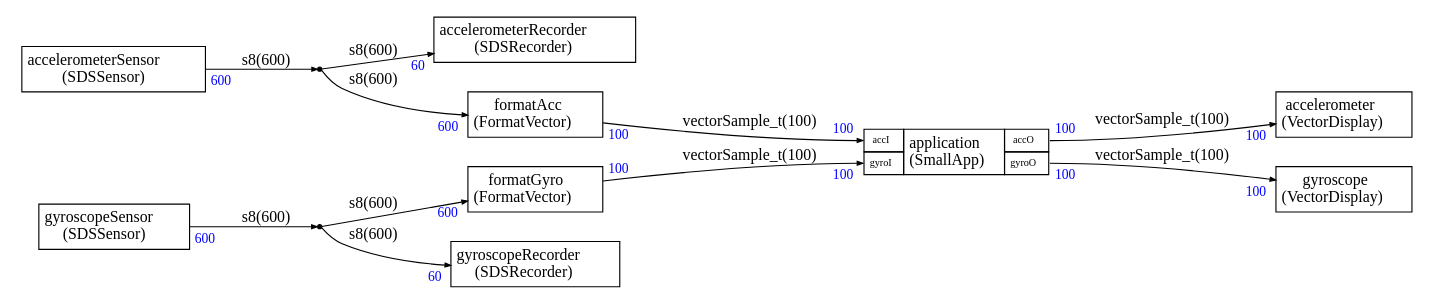
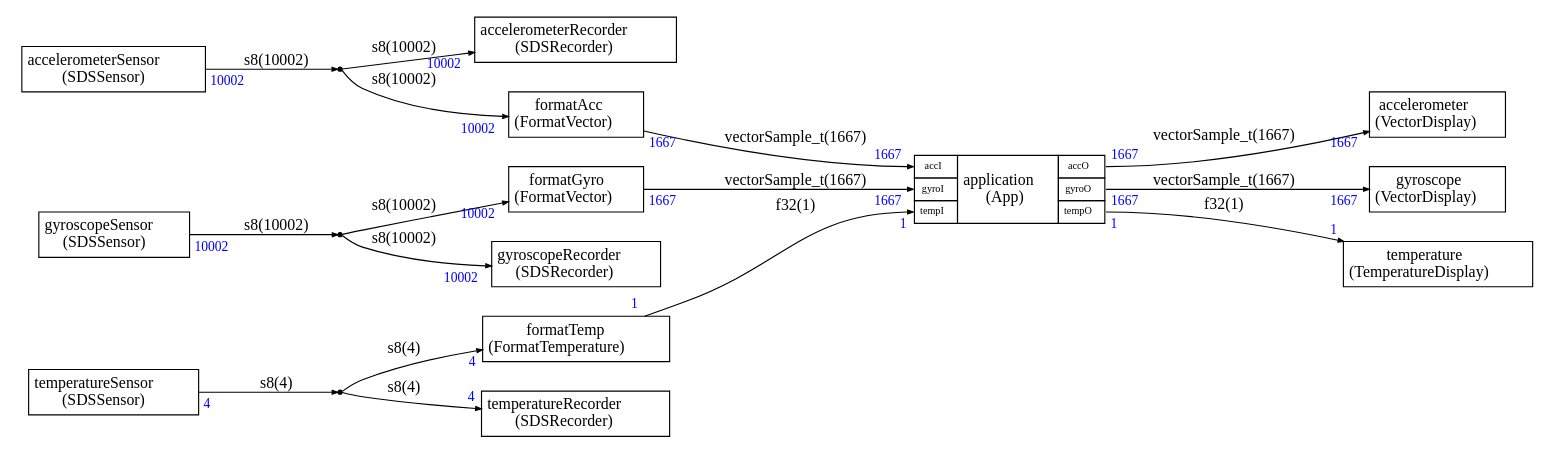
The diagram in demo/Stream/demo.dot (christophe0606/SDS-Framework), drawn with Graphviz before and after one commit. The commit also changed 6 other files, not shown here.

```diff
--- a/demo/Stream/demo.dot
+++ b/demo/Stream/demo.dot
@@ -35,13 +35,17 @@
 <TABLE BORDER="0" CELLBORDER="1" CELLSPACING="0" CELLPADDING="4">
   <TR>
     <TD PORT="accI"><FONT POINT-SIZE="9.0">accI</FONT></TD>
-    <TD ALIGN="CENTER" ROWSPAN="2">application<BR/>(SmallApp)</TD>
+    <TD ALIGN="CENTER" ROWSPAN="3">application<BR/>(App)</TD>
     <TD PORT="accO"><FONT POINT-SIZE="9.0">accO</FONT></TD>
   </TR>
 <TR>
 <TD PORT="gyroI"><FONT POINT-SIZE="9.0">gyroI</FONT></TD>
 
 <TD PORT="gyroO"><FONT POINT-SIZE="9.0">gyroO</FONT></TD>
+</TR><TR>
+<TD PORT="tempI"><FONT POINT-SIZE="9.0">tempI</FONT></TD>
+
+<TD PORT="tempO"><FONT POINT-SIZE="9.0">tempO</FONT></TD>
 </TR>
 
 </TABLE>>];
@@ -49,6 +53,8 @@
 dup0 [shape=point,label=dup0]
 
 dup1 [shape=point,label=dup1]
+
+dup2 [shape=point,label=dup2]
 
 formatAcc [label=<
 <TABLE BORDER="0" CELLBORDER="1" CELLSPACING="0" CELLPADDING="4">
@@ -61,6 +67,13 @@
 <TABLE BORDER="0" CELLBORDER="1" CELLSPACING="0" CELLPADDING="4">
   <TR>
     <TD ALIGN="CENTER" PORT="i">formatGyro<BR/>(FormatVector)</TD>
+  </TR>
+</TABLE>>];
+
+formatTemp [label=<
+<TABLE BORDER="0" CELLBORDER="1" CELLSPACING="0" CELLPADDING="4">
+  <TR>
+    <TD ALIGN="CENTER" PORT="i">formatTemp<BR/>(FormatTemperature)</TD>
   </TR>
 </TABLE>>];
 
@@ -85,65 +98,116 @@
   </TR>
 </TABLE>>];
 
+temperature [label=<
+<TABLE BORDER="0" CELLBORDER="1" CELLSPACING="0" CELLPADDING="4">
+  <TR>
+    <TD ALIGN="CENTER" PORT="i">temperature<BR/>(TemperatureDisplay)</TD>
+  </TR>
+</TABLE>>];
+
+temperatureRecorder [label=<
+<TABLE BORDER="0" CELLBORDER="1" CELLSPACING="0" CELLPADDING="4">
+  <TR>
+    <TD ALIGN="CENTER" PORT="i">temperatureRecorder<BR/>(SDSRecorder)</TD>
+  </TR>
+</TABLE>>];
+
+temperatureSensor [label=<
+<TABLE BORDER="0" CELLBORDER="1" CELLSPACING="0" CELLPADDING="4">
+  <TR>
+    <TD ALIGN="CENTER" PORT="i">temperatureSensor<BR/>(SDSSensor)</TD>
+  </TR>
+</TABLE>>];
 
 
-formatAcc:i -> application:accI [label="vectorSample_t(100)"
-,headlabel=<<TABLE BORDER="0" CELLPADDING="2"><TR><TD><FONT COLOR="blue" POINT-SIZE="12.0" >100</FONT>
+
+formatAcc:i -> application:accI [label="vectorSample_t(1667)"
+,headlabel=<<TABLE BORDER="0" CELLPADDING="2"><TR><TD><FONT COLOR="blue" POINT-SIZE="12.0" >1667</FONT>
 </TD></TR></TABLE>>
-,taillabel=<<TABLE BORDER="0" CELLPADDING="2"><TR><TD><FONT COLOR="blue" POINT-SIZE="12.0" >100</FONT>
+,taillabel=<<TABLE BORDER="0" CELLPADDING="2"><TR><TD><FONT COLOR="blue" POINT-SIZE="12.0" >1667</FONT>
 </TD></TR></TABLE>>]
 
-formatGyro:i -> application:gyroI [label="vectorSample_t(100)"
-,headlabel=<<TABLE BORDER="0" CELLPADDING="2"><TR><TD><FONT COLOR="blue" POINT-SIZE="12.0" >100</FONT>
+formatGyro:i -> application:gyroI [label="vectorSample_t(1667)"
+,headlabel=<<TABLE BORDER="0" CELLPADDING="2"><TR><TD><FONT COLOR="blue" POINT-SIZE="12.0" >1667</FONT>
 </TD></TR></TABLE>>
-,taillabel=<<TABLE BORDER="0" CELLPADDING="2"><TR><TD><FONT COLOR="blue" POINT-SIZE="12.0" >100</FONT>
+,taillabel=<<TABLE BORDER="0" CELLPADDING="2"><TR><TD><FONT COLOR="blue" POINT-SIZE="12.0" >1667</FONT>
 </TD></TR></TABLE>>]
 
-application:accO -> accelerometer:i [label="vectorSample_t(100)"
-,headlabel=<<TABLE BORDER="0" CELLPADDING="2"><TR><TD><FONT COLOR="blue" POINT-SIZE="12.0" >100</FONT>
+formatTemp:i -> application:tempI [label="f32(1)"
+,headlabel=<<TABLE BORDER="0" CELLPADDING="2"><TR><TD><FONT COLOR="blue" POINT-SIZE="12.0" >1</FONT>
 </TD></TR></TABLE>>
-,taillabel=<<TABLE BORDER="0" CELLPADDING="2"><TR><TD><FONT COLOR="blue" POINT-SIZE="12.0" >100</FONT>
+,taillabel=<<TABLE BORDER="0" CELLPADDING="2"><TR><TD><FONT COLOR="blue" POINT-SIZE="12.0" >1</FONT>
 </TD></TR></TABLE>>]
 
-application:gyroO -> gyroscope:i [label="vectorSample_t(100)"
-,headlabel=<<TABLE BORDER="0" CELLPADDING="2"><TR><TD><FONT COLOR="blue" POINT-SIZE="12.0" >100</FONT>
+application:accO -> accelerometer:i [label="vectorSample_t(1667)"
+,headlabel=<<TABLE BORDER="0" CELLPADDING="2"><TR><TD><FONT COLOR="blue" POINT-SIZE="12.0" >1667</FONT>
 </TD></TR></TABLE>>
-,taillabel=<<TABLE BORDER="0" CELLPADDING="2"><TR><TD><FONT COLOR="blue" POINT-SIZE="12.0" >100</FONT>
+,taillabel=<<TABLE BORDER="0" CELLPADDING="2"><TR><TD><FONT COLOR="blue" POINT-SIZE="12.0" >1667</FONT>
+</TD></TR></TABLE>>]
+
+application:gyroO -> gyroscope:i [label="vectorSample_t(1667)"
+,headlabel=<<TABLE BORDER="0" CELLPADDING="2"><TR><TD><FONT COLOR="blue" POINT-SIZE="12.0" >1667</FONT>
+</TD></TR></TABLE>>
+,taillabel=<<TABLE BORDER="0" CELLPADDING="2"><TR><TD><FONT COLOR="blue" POINT-SIZE="12.0" >1667</FONT>
+</TD></TR></TABLE>>]
+
+application:tempO -> temperature:i [label="f32(1)"
+,headlabel=<<TABLE BORDER="0" CELLPADDING="2"><TR><TD><FONT COLOR="blue" POINT-SIZE="12.0" >1</FONT>
+</TD></TR></TABLE>>
+,taillabel=<<TABLE BORDER="0" CELLPADDING="2"><TR><TD><FONT COLOR="blue" POINT-SIZE="12.0" >1</FONT>
 </TD></TR></TABLE>>]
 
 accelerometerSensor:i ->  
-dup0 [label="s8(600)"
+dup0 [label="s8(10002)"
 
-,taillabel=<<TABLE BORDER="0" CELLPADDING="2"><TR><TD><FONT COLOR="blue" POINT-SIZE="12.0" >600</FONT>
+,taillabel=<<TABLE BORDER="0" CELLPADDING="2"><TR><TD><FONT COLOR="blue" POINT-SIZE="12.0" >10002</FONT>
 </TD></TR></TABLE>>]
 
  
-dup0 -> formatAcc:i [label="s8(600)"
-,headlabel=<<TABLE BORDER="0" CELLPADDING="2"><TR><TD><FONT COLOR="blue" POINT-SIZE="12.0" >600</FONT>
+dup0 -> formatAcc:i [label="s8(10002)"
+,headlabel=<<TABLE BORDER="0" CELLPADDING="2"><TR><TD><FONT COLOR="blue" POINT-SIZE="12.0" >10002</FONT>
 </TD></TR></TABLE>>
 ]
 
  
-dup0 -> accelerometerRecorder:i [label="s8(600)"
-,headlabel=<<TABLE BORDER="0" CELLPADDING="2"><TR><TD><FONT COLOR="blue" POINT-SIZE="12.0" >60</FONT>
+dup0 -> accelerometerRecorder:i [label="s8(10002)"
+,headlabel=<<TABLE BORDER="0" CELLPADDING="2"><TR><TD><FONT COLOR="blue" POINT-SIZE="12.0" >10002</FONT>
 </TD></TR></TABLE>>
 ]
 
 gyroscopeSensor:i ->  
-dup1 [label="s8(600)"
+dup1 [label="s8(10002)"
 
-,taillabel=<<TABLE BORDER="0" CELLPADDING="2"><TR><TD><FONT COLOR="blue" POINT-SIZE="12.0" >600</FONT>
+,taillabel=<<TABLE BORDER="0" CELLPADDING="2"><TR><TD><FONT COLOR="blue" POINT-SIZE="12.0" >10002</FONT>
 </TD></TR></TABLE>>]
 
  
-dup1 -> formatGyro:i [label="s8(600)"
-,headlabel=<<TABLE BORDER="0" CELLPADDING="2"><TR><TD><FONT COLOR="blue" POINT-SIZE="12.0" >600</FONT>
+dup1 -> formatGyro:i [label="s8(10002)"
+,headlabel=<<TABLE BORDER="0" CELLPADDING="2"><TR><TD><FONT COLOR="blue" POINT-SIZE="12.0" >10002</FONT>
 </TD></TR></TABLE>>
 ]
 
  
-dup1 -> gyroscopeRecorder:i [label="s8(600)"
-,headlabel=<<TABLE BORDER="0" CELLPADDING="2"><TR><TD><FONT COLOR="blue" POINT-SIZE="12.0" >60</FONT>
+dup1 -> gyroscopeRecorder:i [label="s8(10002)"
+,headlabel=<<TABLE BORDER="0" CELLPADDING="2"><TR><TD><FONT COLOR="blue" POINT-SIZE="12.0" >10002</FONT>
+</TD></TR></TABLE>>
+]
+
+temperatureSensor:i ->  
+dup2 [label="s8(4)"
+
+,taillabel=<<TABLE BORDER="0" CELLPADDING="2"><TR><TD><FONT COLOR="blue" POINT-SIZE="12.0" >4</FONT>
+</TD></TR></TABLE>>]
+
+ 
+dup2 -> formatTemp:i [label="s8(4)"
+,headlabel=<<TABLE BORDER="0" CELLPADDING="2"><TR><TD><FONT COLOR="blue" POINT-SIZE="12.0" >4</FONT>
+</TD></TR></TABLE>>
+]
+
+ 
+dup2 -> temperatureRecorder:i [label="s8(4)"
+,headlabel=<<TABLE BORDER="0" CELLPADDING="2"><TR><TD><FONT COLOR="blue" POINT-SIZE="12.0" >4</FONT>
 </TD></TR></TABLE>>
 ]
 
```
